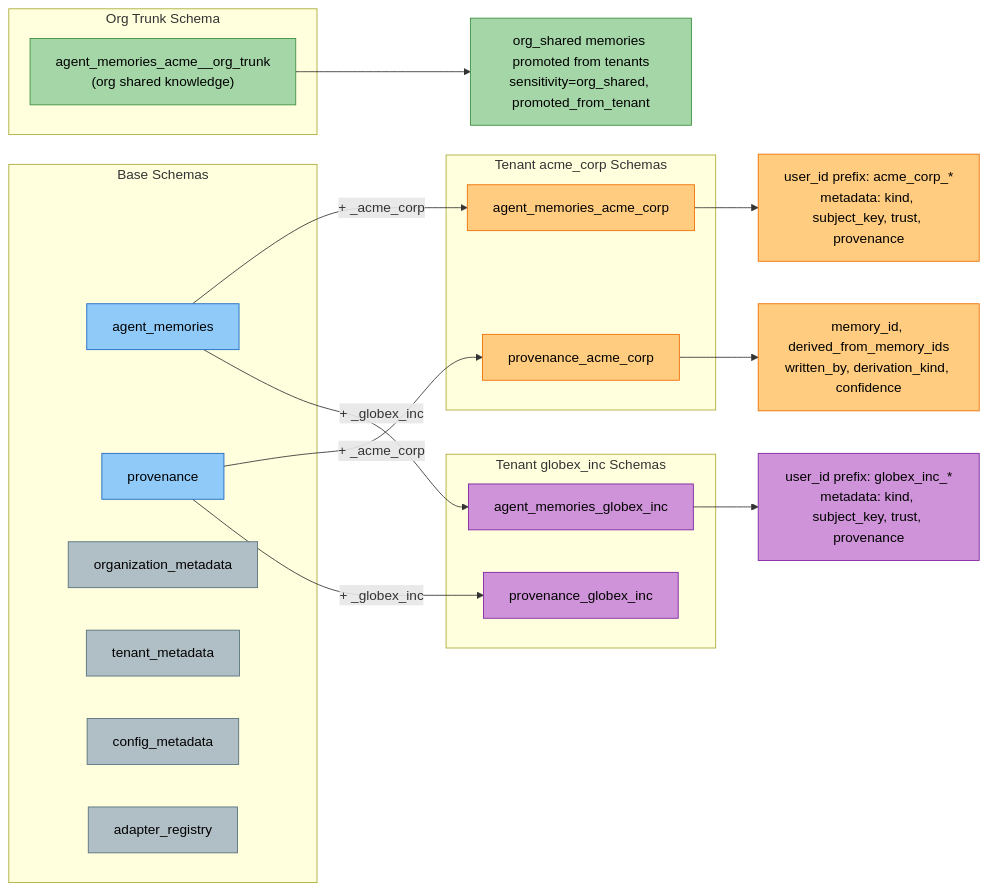
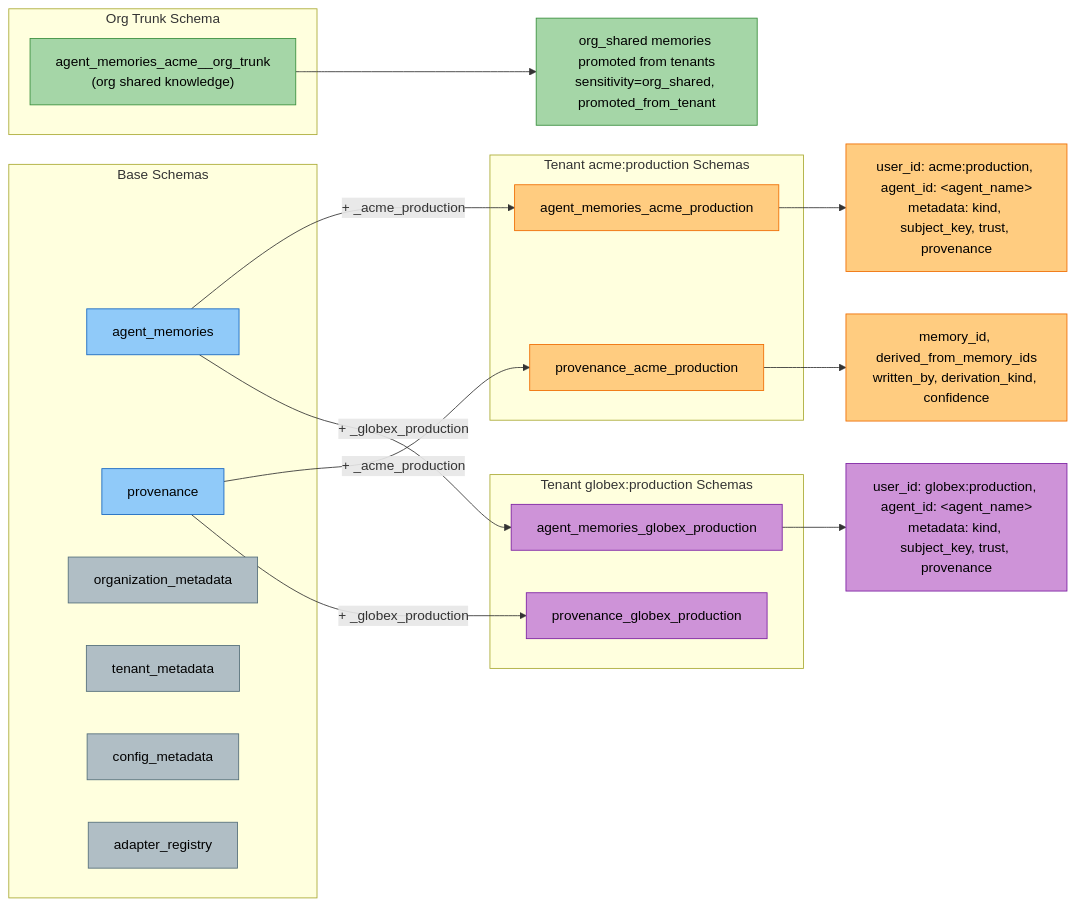
Before and after one commit to amit-jain/cogniverse: diagram 15 of 21 in docs/diagrams/multi-tenant-diagrams.md, drawn with Mermaid. The commit also changed other lines of this file and 50 other files, not shown here.

First line of the commit message:
Complete and verify docs against code with mermaid palette

````diff
--- a/docs/diagrams/multi-tenant-diagrams.md
+++ b/docs/diagrams/multi-tenant-diagrams.md
@@ -638,51 +654,51 @@
 ```mermaid
 flowchart LR
     subgraph "Base Schemas"
         BaseMemSchema["<span style='color:#000'>agent_memories</span>"]
         BaseProvSchema["<span style='color:#000'>provenance</span>"]
         BaseOrgSchema["<span style='color:#000'>organization_metadata</span>"]
         BaseTenantMetaSchema["<span style='color:#000'>tenant_metadata</span>"]
         BaseConfigSchema["<span style='color:#000'>config_metadata</span>"]
         BaseAdapterSchema["<span style='color:#000'>adapter_registry</span>"]
     end
 
-    subgraph "Tenant acme_corp Schemas"
-        SchemaA["<span style='color:#000'>agent_memories_acme_corp</span>"]
-        ProvSchemaA["<span style='color:#000'>provenance_acme_corp</span>"]
+    subgraph "Tenant acme:production Schemas"
+        SchemaA["<span style='color:#000'>agent_memories_acme_production</span>"]
+        ProvSchemaA["<span style='color:#000'>provenance_acme_production</span>"]
     end
 
-    subgraph "Tenant globex_inc Schemas"
-        SchemaB["<span style='color:#000'>agent_memories_globex_inc</span>"]
-        ProvSchemaB["<span style='color:#000'>provenance_globex_inc</span>"]
+    subgraph "Tenant globex:production Schemas"
+        SchemaB["<span style='color:#000'>agent_memories_globex_production</span>"]
+        ProvSchemaB["<span style='color:#000'>provenance_globex_production</span>"]
     end
 
     subgraph "Org Trunk Schema"
         OrgTrunk["<span style='color:#000'>agent_memories_acme__org_trunk<br/>(org shared knowledge)</span>"]
     end
 
-    BaseMemSchema -->|+ _acme_corp| SchemaA
-    BaseMemSchema -->|+ _globex_inc| SchemaB
-    BaseProvSchema -->|+ _acme_corp| ProvSchemaA
-    BaseProvSchema -->|+ _globex_inc| ProvSchemaB
+    BaseMemSchema -->|+ _acme_production| SchemaA
+    BaseMemSchema -->|+ _globex_production| SchemaB
+    BaseProvSchema -->|+ _acme_production| ProvSchemaA
+    BaseProvSchema -->|+ _globex_production| ProvSchemaB
 
-    SchemaA --> DocA["<span style='color:#000'>user_id prefix: acme_corp_*<br/>metadata: kind, subject_key, trust, provenance</span>"]
-    SchemaB --> DocB["<span style='color:#000'>user_id prefix: globex_inc_*<br/>metadata: kind, subject_key, trust, provenance</span>"]
+    SchemaA --> DocA["<span style='color:#000'>user_id: acme:production, agent_id: &lt;agent_name&gt;<br/>metadata: kind, subject_key, trust, provenance</span>"]
+    SchemaB --> DocB["<span style='color:#000'>user_id: globex:production, agent_id: &lt;agent_name&gt;<br/>metadata: kind, subject_key, trust, provenance</span>"]
     ProvSchemaA --> ProvDocA["<span style='color:#000'>memory_id, derived_from_memory_ids<br/>written_by, derivation_kind, confidence</span>"]
     OrgTrunk --> OrgDoc["<span style='color:#000'>org_shared memories promoted from tenants<br/>sensitivity=org_shared, promoted_from_tenant</span>"]
 
     style BaseMemSchema fill:#90caf9,stroke:#1565c0,color:#000
     style BaseProvSchema fill:#90caf9,stroke:#1565c0,color:#000
     style BaseOrgSchema fill:#b0bec5,stroke:#546e7a,color:#000
     style BaseTenantMetaSchema fill:#b0bec5,stroke:#546e7a,color:#000
     style BaseConfigSchema fill:#b0bec5,stroke:#546e7a,color:#000
     style BaseAdapterSchema fill:#b0bec5,stroke:#546e7a,color:#000
     style SchemaA fill:#ffcc80,stroke:#ef6c00,color:#000
     style ProvSchemaA fill:#ffcc80,stroke:#ef6c00,color:#000
     style SchemaB fill:#ce93d8,stroke:#7b1fa2,color:#000
     style ProvSchemaB fill:#ce93d8,stroke:#7b1fa2,color:#000
     style OrgTrunk fill:#a5d6a7,stroke:#388e3c,color:#000
     style DocA fill:#ffcc80,stroke:#ef6c00,color:#000
     style DocB fill:#ce93d8,stroke:#7b1fa2,color:#000
     style ProvDocA fill:#ffcc80,stroke:#ef6c00,color:#000
     style OrgDoc fill:#a5d6a7,stroke:#388e3c,color:#000
 ```
````
